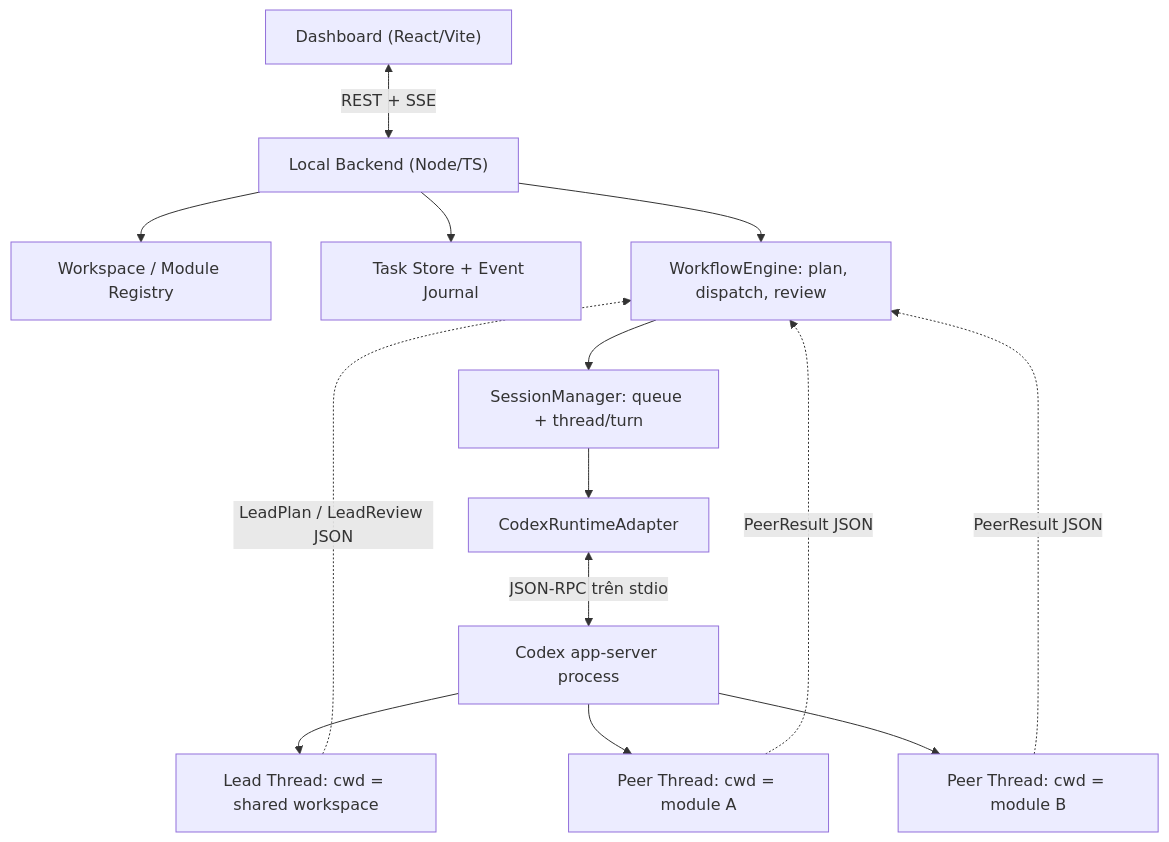
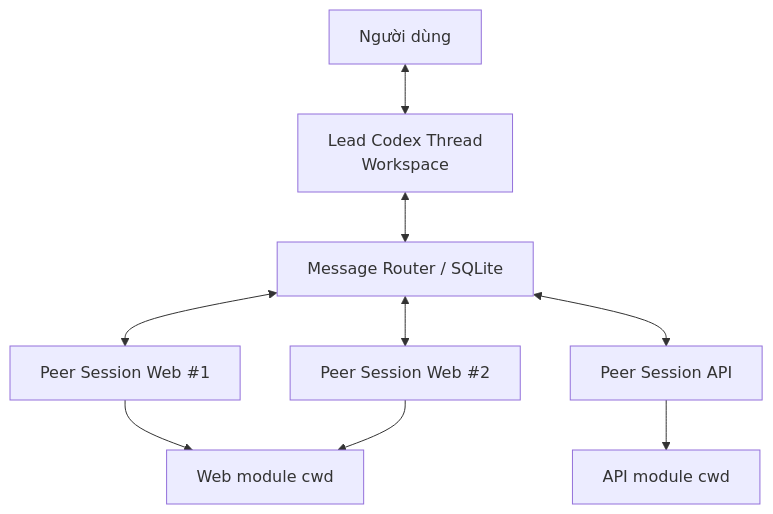
Before and after one commit to haketienloc10/ai-agent-control-center: the first of 2 diagrams in docs/ARCHITECTURE.md, drawn with Mermaid. The commit also changed other lines of this file and 63 other files, not shown here.

Commit message:
refactor!: replace workflow gates with Lead–Peer message coordination runtime

````diff
--- a/docs/ARCHITECTURE.md
+++ b/docs/ARCHITECTURE.md
@@ -5,16 +3,11 @@
 ```mermaid
 flowchart TD
-    U["Dashboard (React/Vite)"] <-->|"REST + SSE"| API["Local Backend (Node/TS)"]
-    API --> REG["Workspace / Module Registry"]
-    API --> TS["Task Store + Event Journal"]
-    API --> CO["WorkflowEngine: plan, dispatch, review"]
-    CO --> SM["SessionManager: queue + thread/turn"]
-    SM --> R["CodexRuntimeAdapter"]
-    R <-->|"JSON-RPC trên stdio"| AS["Codex app-server process"]
-    AS --> L["Lead Thread: cwd = shared workspace"]
-    AS --> P1["Peer Thread: cwd = module A"]
-    AS --> P2["Peer Thread: cwd = module B"]
-    L -. "LeadPlan / LeadReview JSON" .-> CO
-    P1 -. "PeerResult JSON" .-> CO
-    P2 -. "PeerResult JSON" .-> CO
+  U["Người dùng"] <--> L["Lead Codex Thread<br/>Workspace"]
+  L <--> R["Message Router / SQLite"]
+  R <--> P1["Peer Session Web #1"]
+  R <--> P2["Peer Session Web #2"]
+  R <--> P3["Peer Session API"]
+  P1 --> W["Web module cwd"]
+  P2 --> W
+  P3 --> A["API module cwd"]
 ```
````
